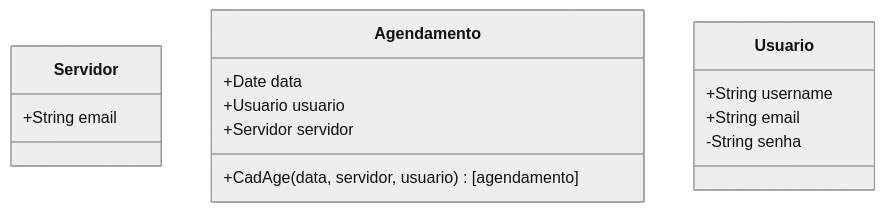
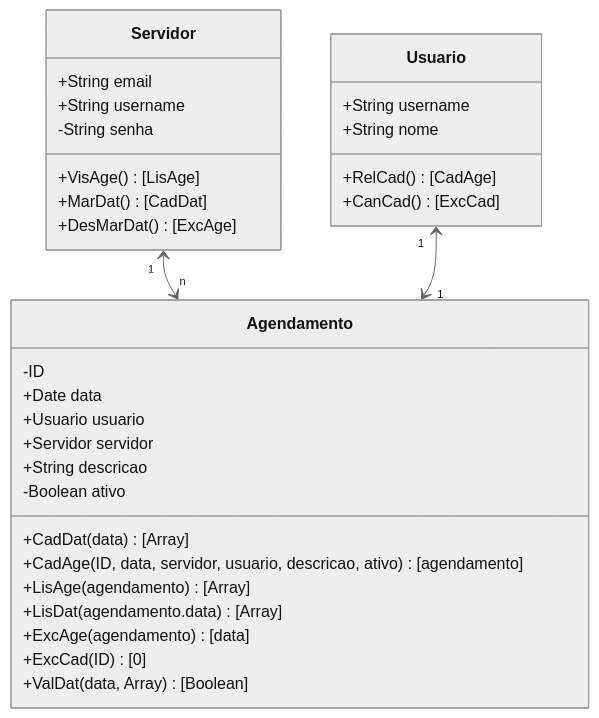
Before and after one commit to Gedsonfa/ScheduleSphere: the diagram in Documentacao/README.md, drawn with Mermaid (neutral theme).

Commit message:
Diagrama de Classes

````diff
--- a/Documentacao/README.md
+++ b/Documentacao/README.md
@@ -1,18 +1,36 @@
 ```mermaid
 
     classDiagram
     class Servidor
     Servidor : +String email
+    Servidor : +String username
+    Servidor : -String senha
+    Servidor : +VisAge()[LisAge]
+    Servidor : +MarDat()[CadDat]
+    Servidor : +DesMarDat()[ExcAge]
 
     class Agendamento
+    Agendamento : -ID
     Agendamento : +Date data
     Agendamento : +Usuario usuario
     Agendamento : +Servidor servidor
-    Agendamento : +CadAge(data, servidor, usuario)[agendamento]
+    Agendamento : +String descricao
+    Agendamento : -Boolean ativo
+    Agendamento : +CadDat(data)[Array]
+    Agendamento : +CadAge(ID, data, servidor, usuario, descricao, ativo)[agendamento]
+    Agendamento : +LisAge(agendamento)[Array]
+    Agendamento : +LisDat(agendamento.data)[Array]
+    Agendamento : +ExcAge(agendamento)[data]
+    Agendamento : +ExcCad(ID)[0]
+    Agendamento : +ValDat(data, Array)[Boolean]
 
     class Usuario
     Usuario : +String username
-    Usuario : +String email
-    Usuario : -String senha
+    Usuario : +String nome
+    Usuario : +RelCad()[CadAge]
+    Usuario : +CanCad()[ExcCad]
+
+    Servidor "1" <--> "n" Agendamento
+    Usuario "1" <--> "1" Agendamento
 
 ```
````
